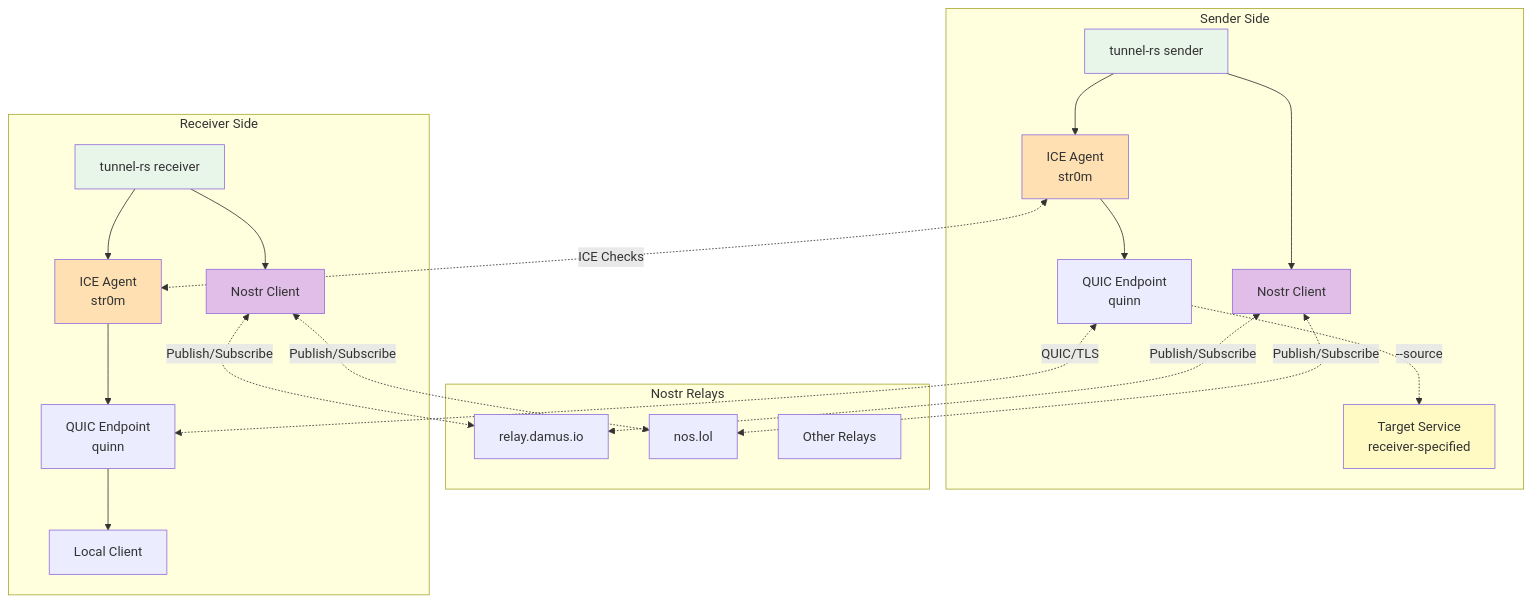
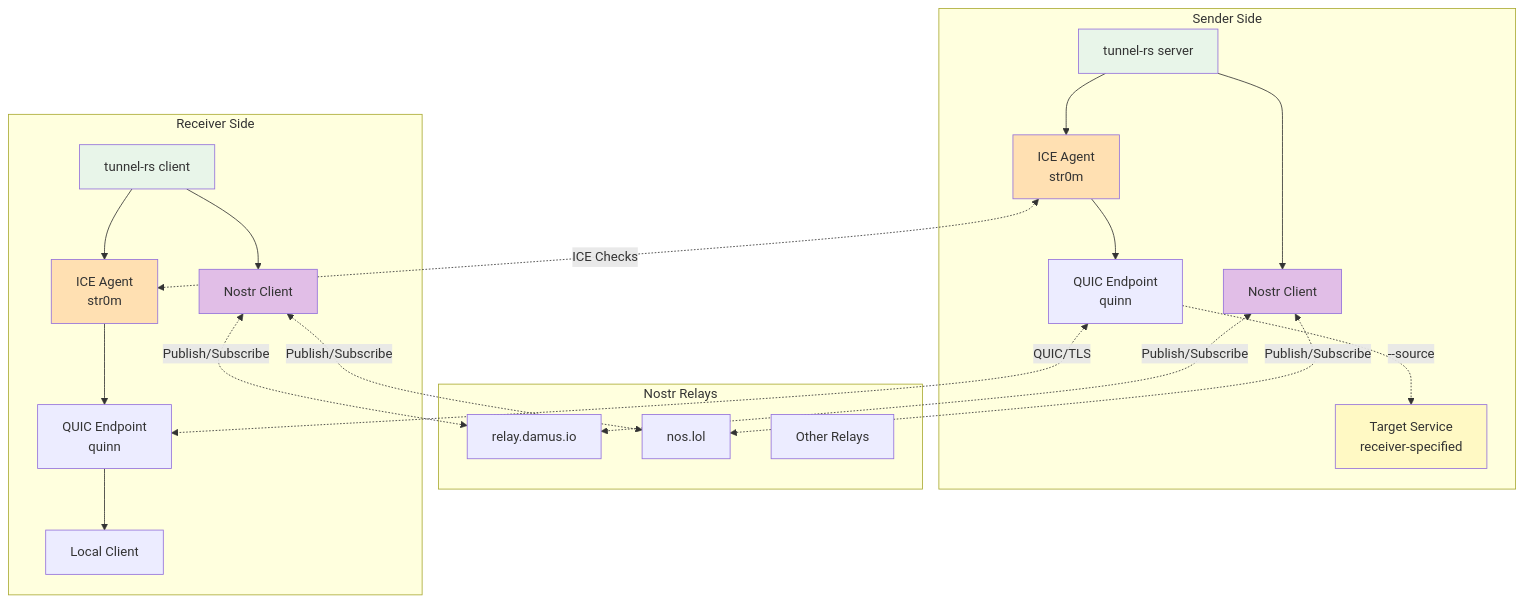
Diagram 18 of 35 in docs/ARCHITECTURE.md (andrewtheguy/vpn-rs), drawn with Mermaid before and after one commit. The commit also changed other lines of this file and 8 other files, not shown here.

Commit message:
refactor: rename tunnel roles from sender/receiver to server/client, update `tunnel-rs-ice` binary usage, and enable dynamic source for `ice-manual` mode."

````diff
--- a/docs/ARCHITECTURE.md
+++ b/docs/ARCHITECTURE.md
@@ -714,50 +714,50 @@
 ```mermaid
 graph TB
     subgraph "Sender Side"
-        A[tunnel-rs sender]
+        A[tunnel-rs server]
         B[ICE Agent<br/>str0m]
         C[QUIC Endpoint<br/>quinn]
         D[Nostr Client]
         E[Target Service<br/>receiver-specified]
     end
 
     subgraph "Nostr Relays"
         F[relay.damus.io]
         G[nos.lol]
         H[Other Relays]
     end
 
     subgraph "Receiver Side"
-        I[tunnel-rs receiver]
+        I[tunnel-rs client]
         J[ICE Agent<br/>str0m]
         K[QUIC Endpoint<br/>quinn]
         L[Nostr Client]
         M[Local Client]
     end
 
     A --> B
     B --> C
     A --> D
     C -.->|--source| E
 
     I --> J
     J --> K
     I --> L
     K --> M
 
     D <-.Publish/Subscribe.-> F
     D <-.Publish/Subscribe.-> G
     L <-.Publish/Subscribe.-> F
     L <-.Publish/Subscribe.-> G
 
     B <-.ICE Checks.-> J
     C <-.QUIC/TLS.-> K
 
     style A fill:#E8F5E9
     style I fill:#E8F5E9
     style B fill:#FFE0B2
     style J fill:#FFE0B2
     style D fill:#E1BEE7
     style L fill:#E1BEE7
     style E fill:#FFF9C4
 ```
````
